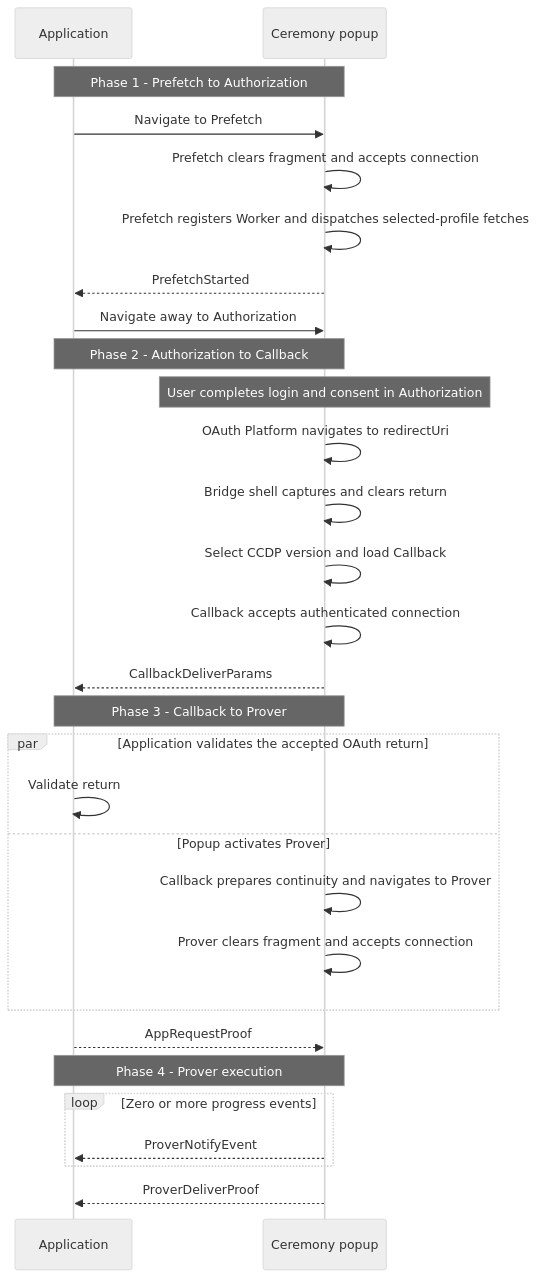
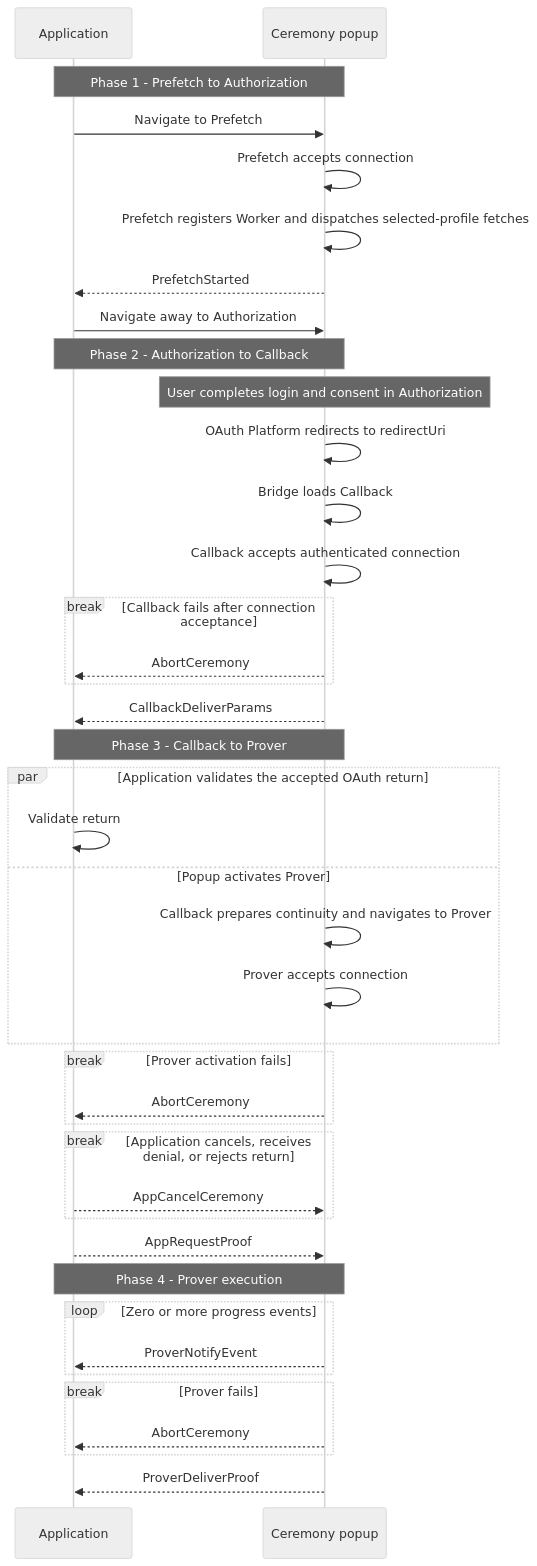
Before and after one commit to libid-org/libid: the diagram in ts/packages/ceremony/CCDP.md, drawn with Mermaid (neutral theme). The commit also changed other lines of this file, not shown here.

Commit message:
docs(ccdp): flatten sequence failure exits

````diff
--- a/ts/packages/ceremony/CCDP.md
+++ b/ts/packages/ceremony/CCDP.md
@@ -439,35 +439,46 @@
 ```mermaid
 sequenceDiagram
     participant A as Application
     participant P as Ceremony popup
 
     Note over A,P: Phase 1 - Prefetch to Authorization
     A->>P: Navigate to Prefetch
-    P->>P: Prefetch clears fragment and accepts connection
+    P->>P: Prefetch accepts connection
     P->>P: Prefetch registers Worker and dispatches selected-profile fetches
     P-->>A: PrefetchStarted
     A->>P: Navigate away to Authorization
 
     Note over A,P: Phase 2 - Authorization to Callback
     Note over P: User completes login and consent in Authorization
-    P->>P: OAuth Platform navigates to redirectUri
-    P->>P: Bridge shell captures and clears return
-    P->>P: Select CCDP version and load Callback
+    P->>P: OAuth Platform redirects to redirectUri
+    P->>P: Bridge loads Callback
     P->>P: Callback accepts authenticated connection
+    break Callback fails after connection acceptance
+        P-->>A: AbortCeremony
+    end
     P-->>A: CallbackDeliverParams
 
     Note over A,P: Phase 3 - Callback to Prover
     par Application validates the accepted OAuth return
         A->>A: Validate return
     and Popup activates Prover
         P->>P: Callback prepares continuity and navigates to Prover
-        P->>P: Prover clears fragment and accepts connection
+        P->>P: Prover accepts connection
+    end
+    break Prover activation fails
+        P-->>A: AbortCeremony
+    end
+    break Application cancels, receives denial, or rejects return
+        A-->>P: AppCancelCeremony
     end
     A-->>P: AppRequestProof
 
     Note over A,P: Phase 4 - Prover execution
     loop Zero or more progress events
         P-->>A: ProverNotifyEvent
     end
+    break Prover fails
+        P-->>A: AbortCeremony
+    end
     P-->>A: ProverDeliverProof
 ```
````
